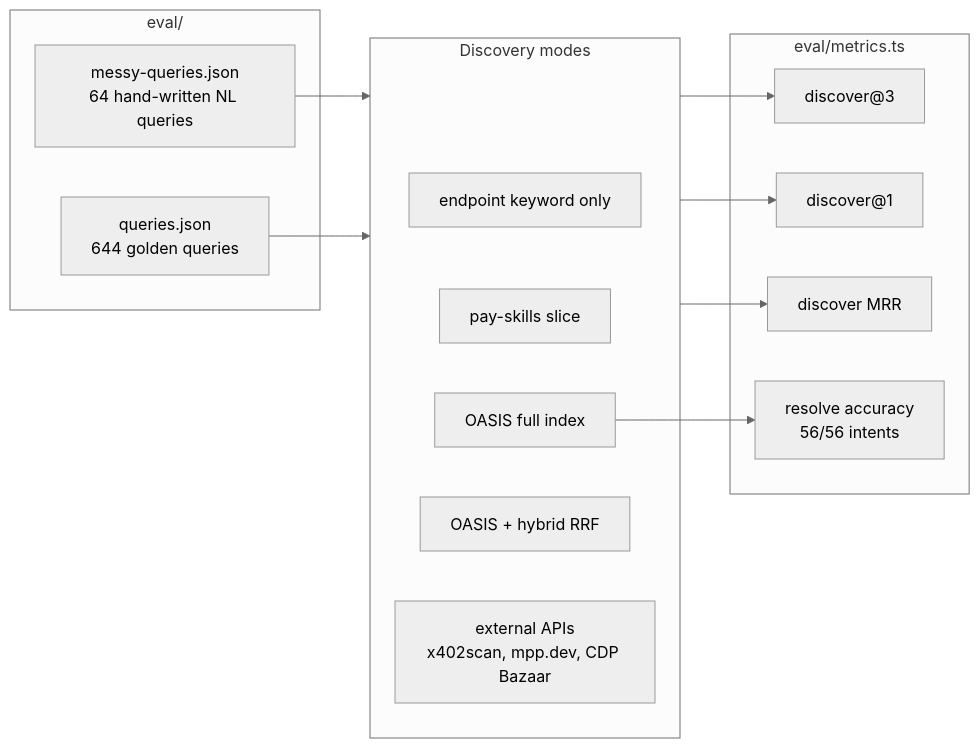
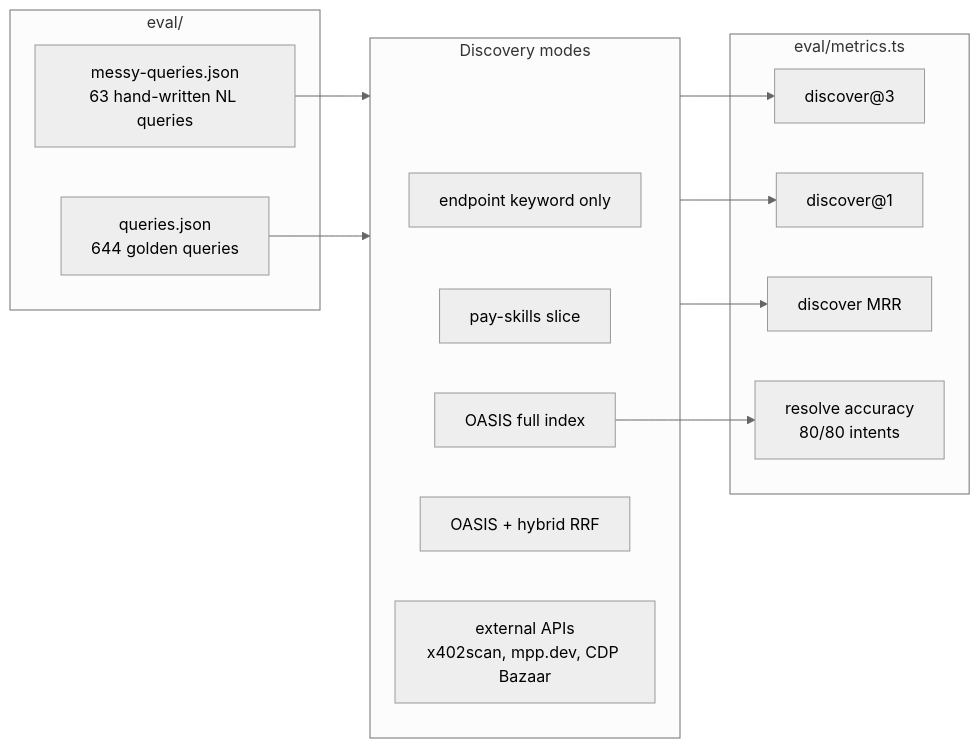
Before and after one commit to Syntalic/OASIS: the fifth of 5 diagrams in ARCHITECTURE.md, drawn with Mermaid (neutral theme). The commit also changed other lines of this file and 15 other files, not shown here.

````diff
--- a/ARCHITECTURE.md
+++ b/ARCHITECTURE.md
@@ -237,29 +237,29 @@
 ```mermaid
 flowchart LR
   subgraph queries["eval/"]
-    MQ["messy-queries.json<br/>64 hand-written NL queries"]
+    MQ["messy-queries.json<br/>63 hand-written NL queries"]
     GQ["queries.json<br/>644 golden queries"]
   end
 
   subgraph modes["Discovery modes"]
     KW2["endpoint keyword only"]
     PS2["pay-skills slice"]
     FULL["OASIS full index"]
     HYB["OASIS + hybrid RRF"]
     EXT["external APIs<br/>x402scan, mpp.dev, CDP Bazaar"]
   end
 
   subgraph metrics["eval/metrics.ts"]
     D3["discover@3"]
     D1["discover@1"]
     MRR["discover MRR"]
-    RES["resolve accuracy<br/>56/56 intents"]
+    RES["resolve accuracy<br/>80/80 intents"]
   end
 
   MQ --> modes
   GQ --> modes
   modes --> D3
   modes --> D1
   modes --> MRR
   FULL --> RES
 ```
````
